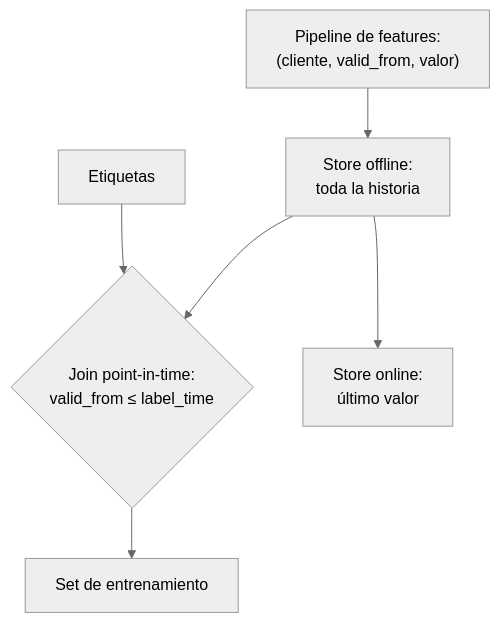
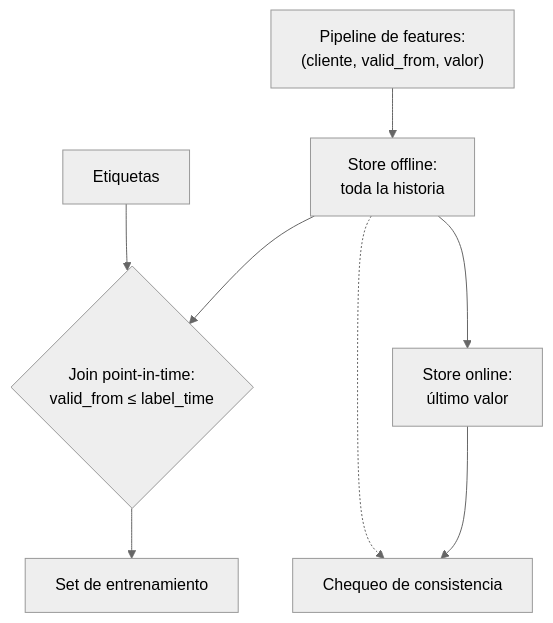
One commit to fcp4891/de-knowledge-hub changed the second of 3 diagrams in content/architectures/ml-feature-pipeline-architecture.md. Above: the diagram before and after it, drawn with Mermaid (neutral theme). The commit also changed other lines of this file and 8 other files, not shown here.

````diff
--- a/content/architectures/ml-feature-pipeline-architecture.md
+++ b/content/architectures/ml-feature-pipeline-architecture.md
@@ -99,8 +100,10 @@
 ```mermaid
 flowchart TB
   E["Pipeline de features:<br/>(cliente, valid_from, valor)"] --> O["Store offline:<br/>toda la historia"]
   O --> J{"Join point-in-time:<br/>valid_from ≤ label_time"}
   L["Etiquetas"] --> J
   J --> T["Set de entrenamiento"]
   O --> N["Store online:<br/>último valor"]
+  N --> X["Chequeo de consistencia"]
+  O -.-> X
 ```
````
